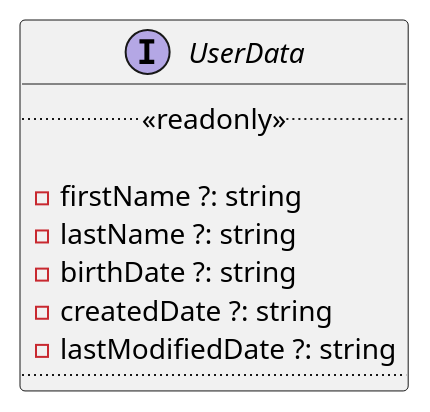
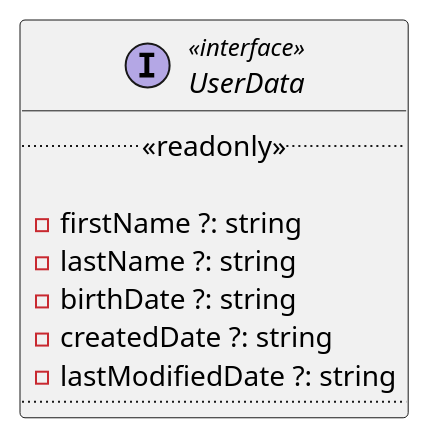
One commit to GruppOne/stalker-web-app changed the diagram in docs/diagrams/interfaces/User/UserData.pu. Above: the diagram before and after it, drawn with PlantUML. The commit also changed 10 other files, not shown here.

```diff
--- a/docs/diagrams/interfaces/User/UserData.pu
+++ b/docs/diagrams/interfaces/User/UserData.pu
@@ -1,12 +1,12 @@
 @startuml UserData Diagram
-interface UserData{
+interface UserData <<interface>> {
   ..<<readonly>>..
 
   - firstName ?: string
   - lastName ?: string
   - birthDate ?: string
   - createdDate ?: string
   - lastModifiedDate ?: string
   ....
 }
 @enduml
```
